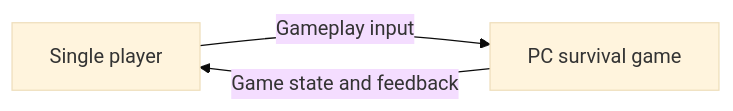
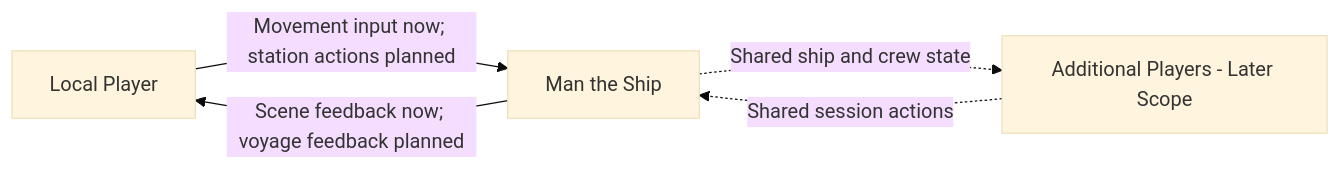
The third of 3 diagrams in docs/requirements/vision-and-scope.md (whitneyakred/gaming), drawn with Mermaid (base theme) before and after one commit. The commit also changed other lines of this file, not shown here.

First line of the commit message:
Revise project details and update game scope

````diff
--- a/docs/requirements/vision-and-scope.md
+++ b/docs/requirements/vision-and-scope.md
@@ -193,5 +226,7 @@
 ```mermaid
 flowchart LR
-  Player[Single player] -->|Gameplay input| Game[PC survival game]
-  Game -->|Game state and feedback| Player
+  Player[Local Player] -->|Movement input now; station actions planned| Game[Man the Ship]
+  Game -->|Scene feedback now; voyage feedback planned| Player
+  Crew[Additional Players - Later Scope] -.->|Shared session actions| Game
+  Game -.->|Shared ship and crew state| Crew
 ```
````
